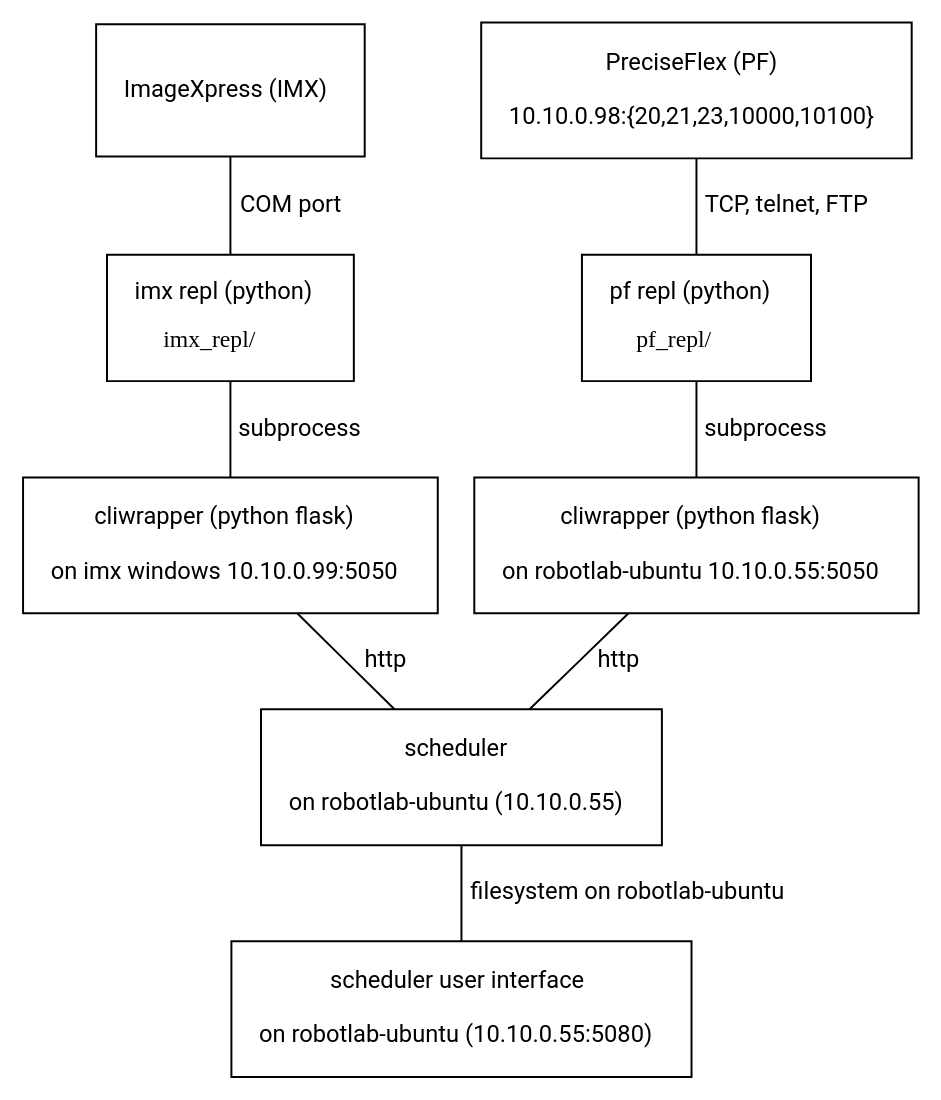
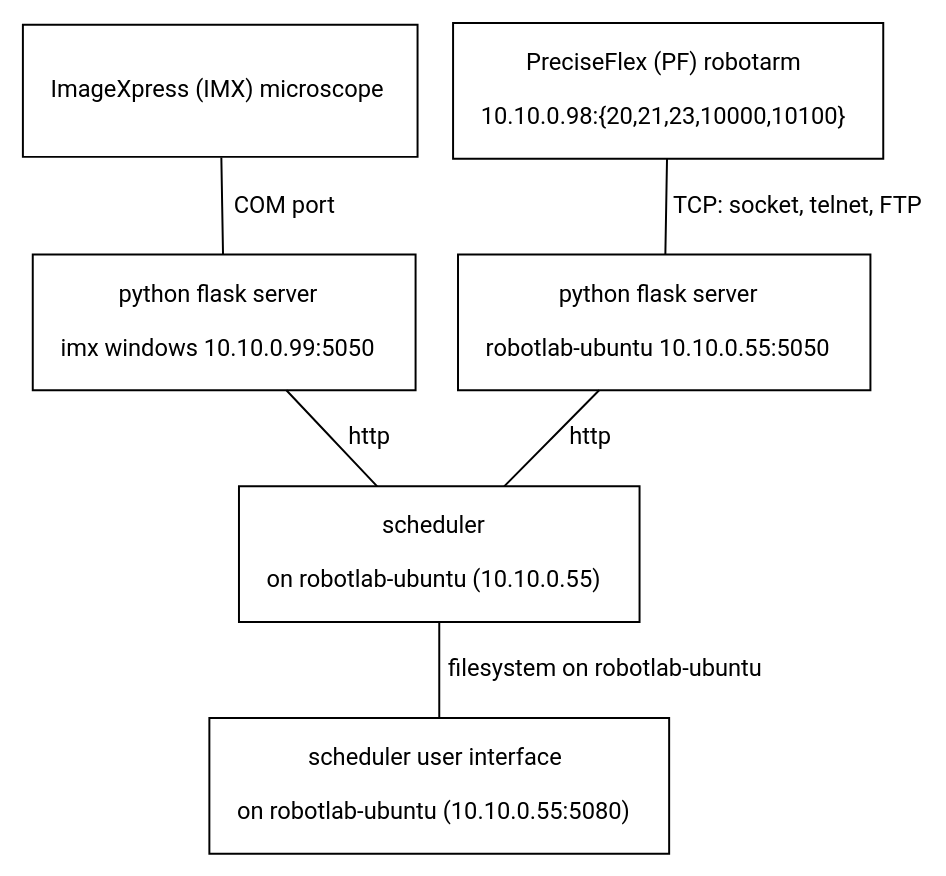
One commit to pharmbio/robotlab changed the diagram in images/overview.dot. Above: the diagram before and after it, drawn with Graphviz. The commit also changed 6 other files, not shown here.

```diff
--- a/images/overview.dot
+++ b/images/overview.dot
@@ -1,32 +1,28 @@
 # Build the svg with:
 # dot overview.dot -Tsvg -o overview.svg
 graph {
     # graph [bgcolor="#2d2d2d"]
     # node [color="#d3d0c8" fontcolor="#d3d0c8"]
     # edge [color="#d3d0c8" fontcolor="#d3d0c8"]
 
     node [fontname="Roboto", fontsize=12]
     edge [fontname="Roboto", fontsize=12]
     node [shape=box]
-    imx  [label=< <BR/> ImageXpress (IMX) <BR/> >, margin=0.2]
-    pf   [label=< PreciseFlex (PF) <BR/><BR/> 10.10.0.98:{20,21,23,10000,10100} >, margin=0.2]
+    imx  [label=< <BR/> ImageXpress (IMX) microscope <BR/> >, margin=0.2]
+    pf   [label=< PreciseFlex (PF) robotarm <BR/><BR/> 10.10.0.98:{20,21,23,10000,10100} >, margin=0.2]
 
     rank=same {imx; pf}
 
-    imx_repl               [label=< imx repl (python) <BR/><BR/> <FONT FACE="Consolas">imx_repl/</FONT> >, margin=0.2]
-    imx_server             [label=< cliwrapper (python flask) <BR/><BR/> on imx windows 10.10.0.99:5050 >, margin=0.2]
-    pf_repl                [label=< pf repl (python) <BR/><BR/> <FONT FACE="Consolas">pf_repl/</FONT> >, margin=0.2]
-    pf_server              [label=< cliwrapper (python flask) <BR/><BR/> on robotlab-ubuntu 10.10.0.55:5050 >, margin=0.2]
+    imx_server             [label=< python flask server <BR/><BR/> imx windows 10.10.0.99:5050 >, margin=0.2]
+    pf_server              [label=< python flask server <BR/><BR/> robotlab-ubuntu 10.10.0.55:5050 >, margin=0.2]
 
-    imx -- imx_repl        [label="  COM port"]
-    imx_repl -- imx_server [label="  subprocess"]
-    pf -- pf_repl          [label="  TCP, telnet, FTP"]
-    pf_repl -- pf_server   [label="  subprocess"]
+    imx -- imx_server [label="  COM port"]
+    pf -- pf_server   [label="  TCP: socket, telnet, FTP"]
 
     scheduler [label=< scheduler <BR/><BR/> on robotlab-ubuntu (10.10.0.55) >, margin=0.2]
     imx_server -- scheduler [label="  http"]
     pf_server  -- scheduler [label="  http"]
 
     scheduler -- scheduler_ui [label="  filesystem on robotlab-ubuntu"]
     scheduler_ui [label=< scheduler user interface <BR/><BR/> on robotlab-ubuntu (10.10.0.55:5080) >, margin=0.2]
 }
```
